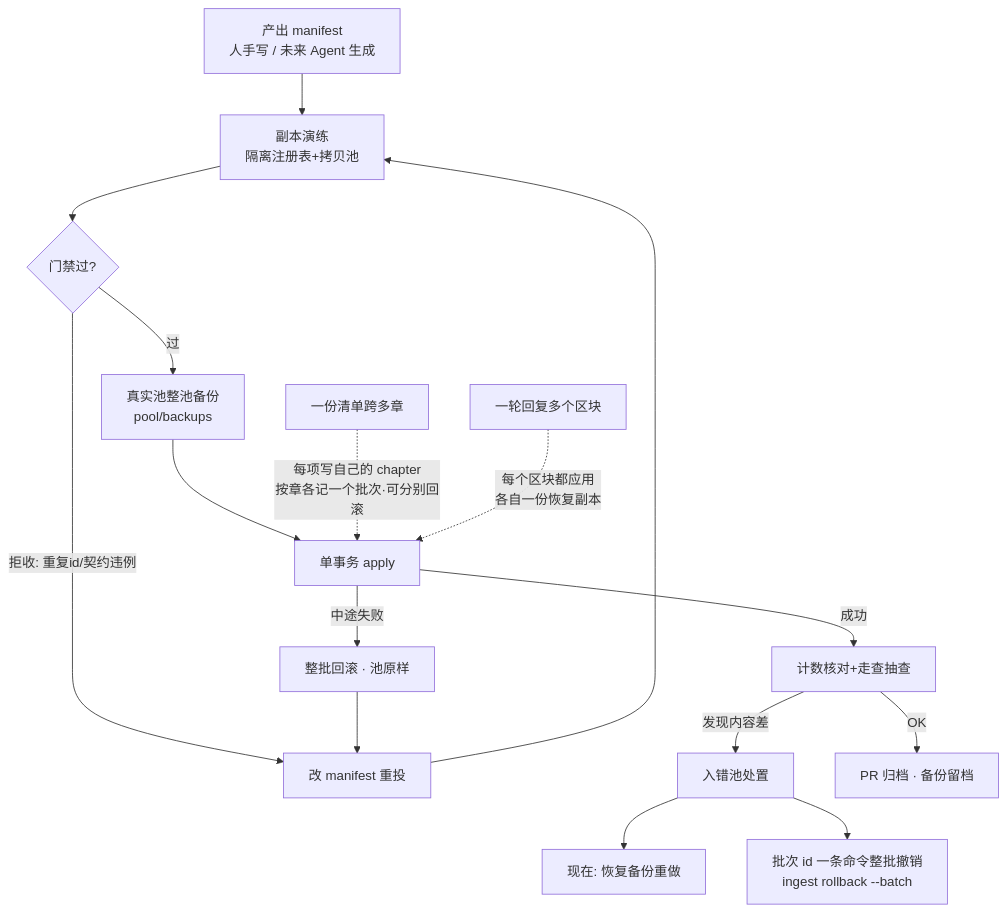
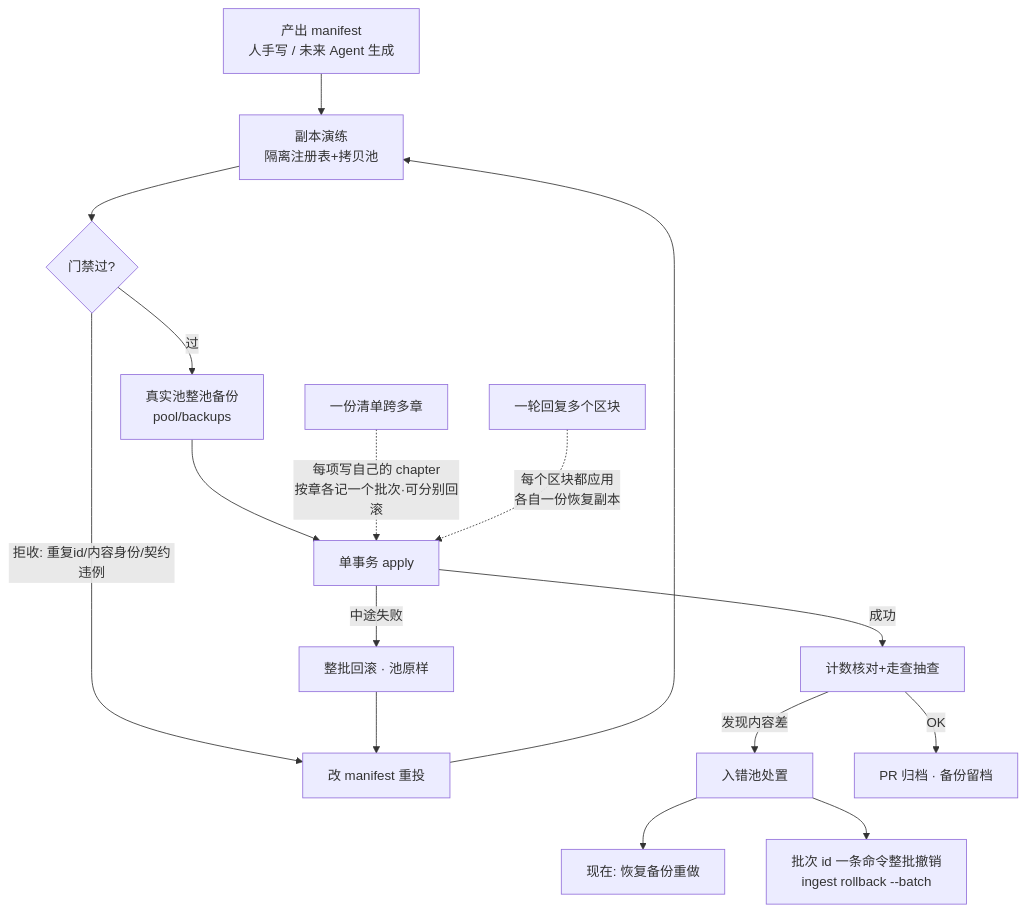
The second of 7 diagrams in docs/action-graph/L4-workflows.md (Amazinnn/Lesson-Kit), drawn with Mermaid before and after one commit. The commit also changed other lines of this file and 28 other files, not shown here.

````diff
--- a/docs/action-graph/L4-workflows.md
+++ b/docs/action-graph/L4-workflows.md
@@ -52,15 +52,15 @@
 ```mermaid
 flowchart TD
   A[产出 manifest<br/>人手写 / 未来 Agent 生成] --> B[副本演练<br/>隔离注册表+拷贝池]
   B --> C{门禁过?}
-  C -- 拒收: 重复id/契约违例 --> C1[改 manifest 重投] --> B
+  C -- 拒收: 重复id/内容身份/契约违例 --> C1[改 manifest 重投] --> B
   C -- 过 --> D[真实池整池备份<br/>pool/backups]
   D --> E[单事务 apply]
   E -- 中途失败 --> E1[整批回滚 · 池原样] --> C1
   E -- 成功 --> F[计数核对+走查抽查]
   F -- 发现内容差 --> G[入错池处置] --> G1[现在: 恢复备份重做]
   G --> G2[批次 id 一条命令整批撤销<br/>ingest rollback --batch]
   F -- OK --> H[PR 归档 · 备份留档]
   Y1[一份清单跨多章] -.每项写自己的 chapter<br/>按章各记一个批次·可分别回滚.-> E
   Y2[一轮回复多个区块] -.每个区块都应用<br/>各自一份恢复副本.-> E
 ```
````
